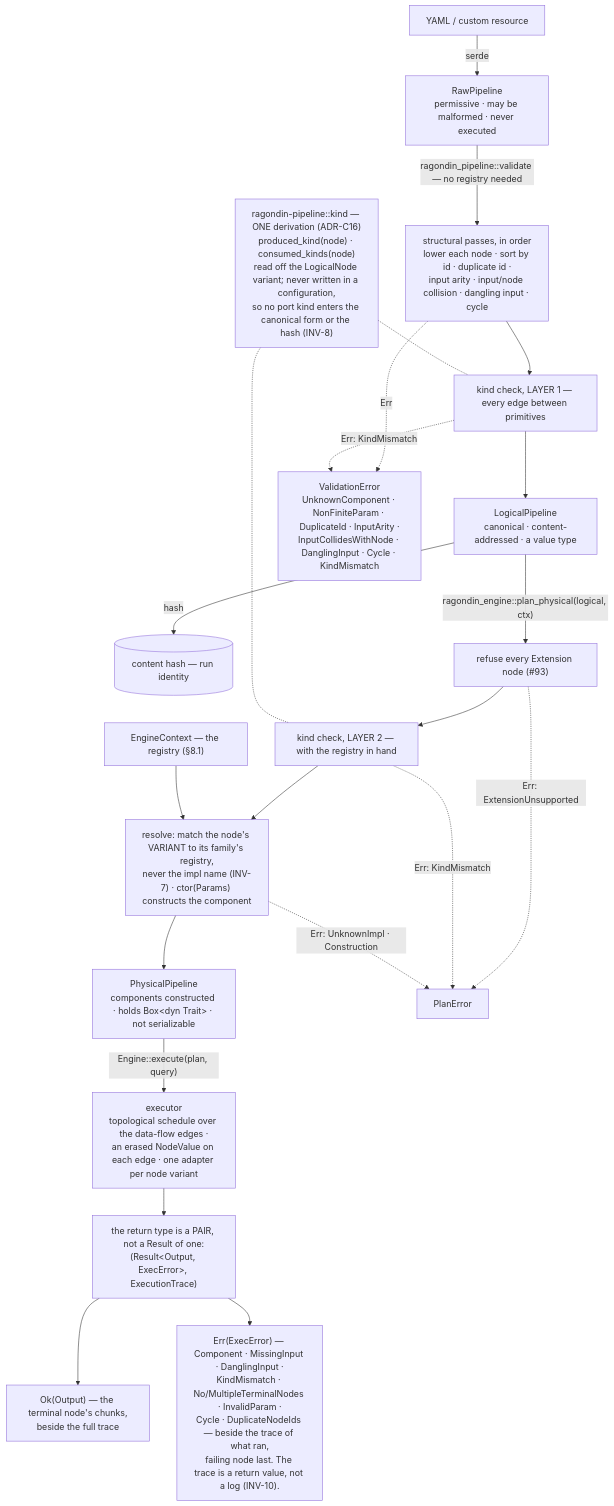
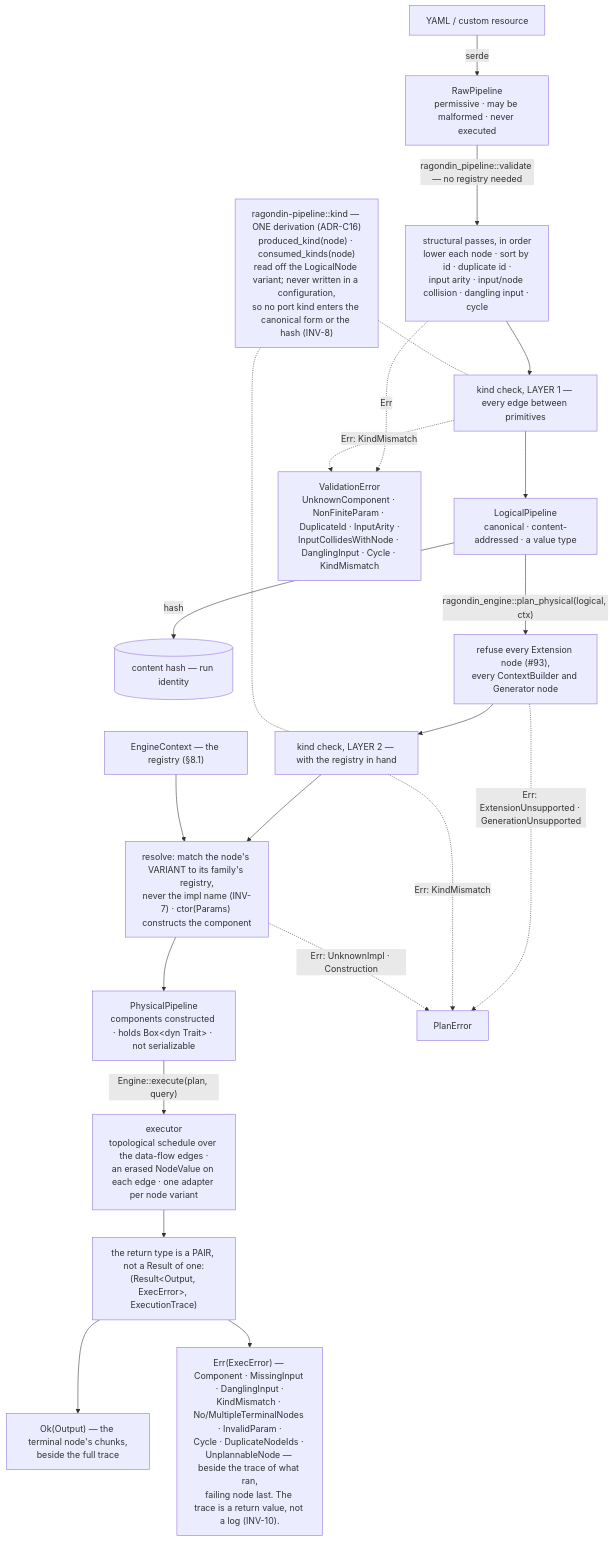
Before and after one commit to genesary/Ragondin: the second of 4 diagrams in docs/code-architecture.md, drawn with Mermaid. The commit also changed other lines of this file and 15 other files, not shown here.

First line of the commit message:
feat(ragondin-pipeline): the ContextBuilder and Generator nodes, the Context and Answer kinds, and schema version 3 (#295)

````diff
--- a/docs/code-architecture.md
+++ b/docs/code-architecture.md
@@ -310,29 +310,29 @@
 ```mermaid
 flowchart TB
   DERIV["ragondin-pipeline::kind — ONE derivation (ADR-C16)<br/>produced_kind(node) · consumed_kinds(node)<br/>read off the LogicalNode variant; never written in a configuration,<br/>so no port kind enters the canonical form or the hash (INV-8)"]
 
   YML["YAML / custom resource"] -->|serde| RAW["RawPipeline<br/>permissive · may be malformed · never executed"]
   RAW -->|"ragondin_pipeline::validate — no registry needed"| VS["structural passes, in order<br/>lower each node · sort by id · duplicate id ·<br/>input arity · input/node collision · dangling input · cycle"]
   VS --> VK["kind check, LAYER 1 — every edge between primitives"]
   VK --> LOG["LogicalPipeline<br/>canonical · content-addressed · a value type"]
   VS -.->|"Err"| VERR["ValidationError<br/>UnknownComponent · NonFiniteParam · DuplicateId · InputArity ·<br/>InputCollidesWithNode · DanglingInput · Cycle · KindMismatch"]
   VK -.->|"Err: KindMismatch"| VERR
 
   LOG -->|hash| H[("content hash — run identity")]
-  LOG -->|"ragondin_engine::plan_physical(logical, ctx)"| PX["refuse every Extension node (#93)"]
+  LOG -->|"ragondin_engine::plan_physical(logical, ctx)"| PX["refuse every Extension node (#93),<br/>every ContextBuilder and Generator node"]
   PX --> PK["kind check, LAYER 2 — with the registry in hand"]
   PK --> RES["resolve: match the node's VARIANT to its family's registry,<br/>never the impl name (INV-7) · ctor(Params) constructs the component"]
   RES --> PHY["PhysicalPipeline<br/>components constructed · holds Box#60;dyn Trait#62; · not serializable"]
-  PX -.->|"Err: ExtensionUnsupported"| PERR["PlanError"]
+  PX -.->|"Err: ExtensionUnsupported · GenerationUnsupported"| PERR["PlanError"]
   PK -.->|"Err: KindMismatch"| PERR
   RES -.->|"Err: UnknownImpl · Construction"| PERR
 
   DERIV -.- VK
   DERIV -.- PK
   CTX["EngineContext — the registry (§8.1)"] --> RES
 
   PHY -->|"Engine::execute(plan, query)"| EX["executor<br/>topological schedule over the data-flow edges ·<br/>an erased NodeValue on each edge · one adapter per node variant"]
   EX --> PAIR["the return type is a PAIR, not a Result of one:<br/>(Result#60;Output, ExecError#62;, ExecutionTrace)"]
   PAIR --> OKP["Ok(Output) — the terminal node's chunks,<br/>beside the full trace"]
-  PAIR --> ERP["Err(ExecError) — Component · MissingInput · DanglingInput ·<br/>KindMismatch · No/MultipleTerminalNodes · InvalidParam ·<br/>Cycle · DuplicateNodeIds — beside the trace of what ran,<br/>failing node last. The trace is a return value, not a log (INV-10)."]
+  PAIR --> ERP["Err(ExecError) — Component · MissingInput · DanglingInput ·<br/>KindMismatch · No/MultipleTerminalNodes · InvalidParam ·<br/>Cycle · DuplicateNodeIds · UnplannableNode — beside the trace of what ran,<br/>failing node last. The trace is a return value, not a log (INV-10)."]
 ```
````
